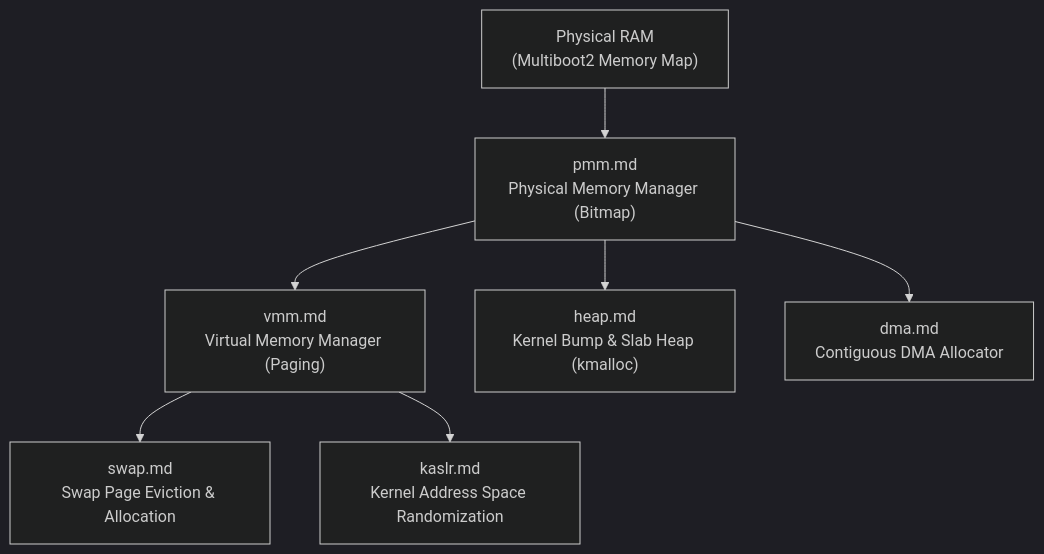
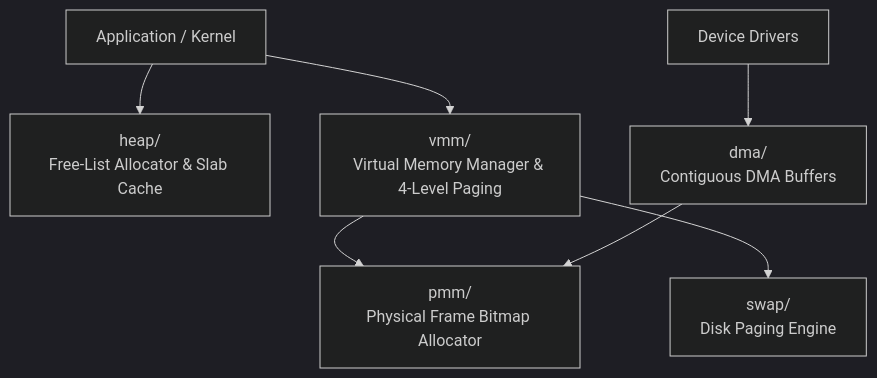
The diagram in docs/memory/README.md (mrvlous/keira), drawn with Mermaid (dark theme) before and after one commit. The commit also changed other lines of this file and 20 other files, not shown here.

Commit message:
docs(mem): modularize physical frame, virtual memory, heap and swap documentation

````diff
--- a/docs/memory/README.md
+++ b/docs/memory/README.md
@@ -11,9 +11,9 @@
 ```mermaid
 graph TD
-    HardwareRAM["Physical RAM<br/>(Multiboot2 Memory Map)"] --> PMM["pmm.md<br/>Physical Memory Manager (Bitmap)"]
-    PMM --> VMM["vmm.md<br/>Virtual Memory Manager (Paging)"]
-    PMM --> Heap["heap.md<br/>Kernel Bump & Slab Heap (kmalloc)"]
-    PMM --> DMA["dma.md<br/>Contiguous DMA Allocator"]
-    VMM --> Swap["swap.md<br/>Swap Page Eviction & Allocation"]
-    VMM --> KASLR["kaslr.md<br/>Kernel Address Space Randomization"]
+    App["Application / Kernel"] --> Heap["heap/<br/>Free-List Allocator & Slab Cache"]
+    App --> VMM["vmm/<br/>Virtual Memory Manager & 4-Level Paging"]
+    VMM --> PMM["pmm/<br/>Physical Frame Bitmap Allocator"]
+    VMM --> Swap["swap/<br/>Disk Paging Engine"]
+    Driver["Device Drivers"] --> DMA["dma/<br/>Contiguous DMA Buffers"]
+    DMA --> PMM
 ```
````
